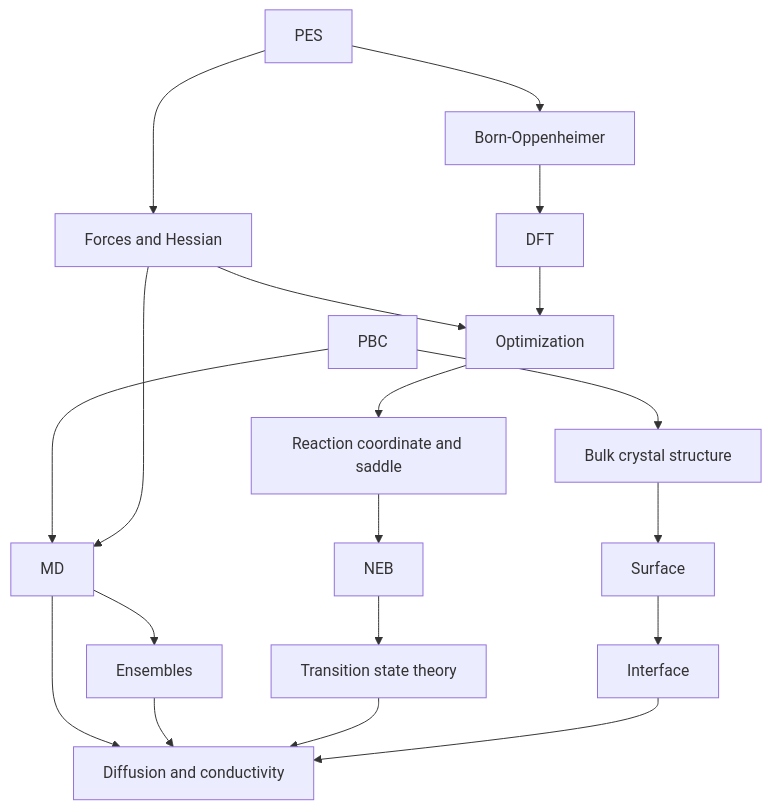
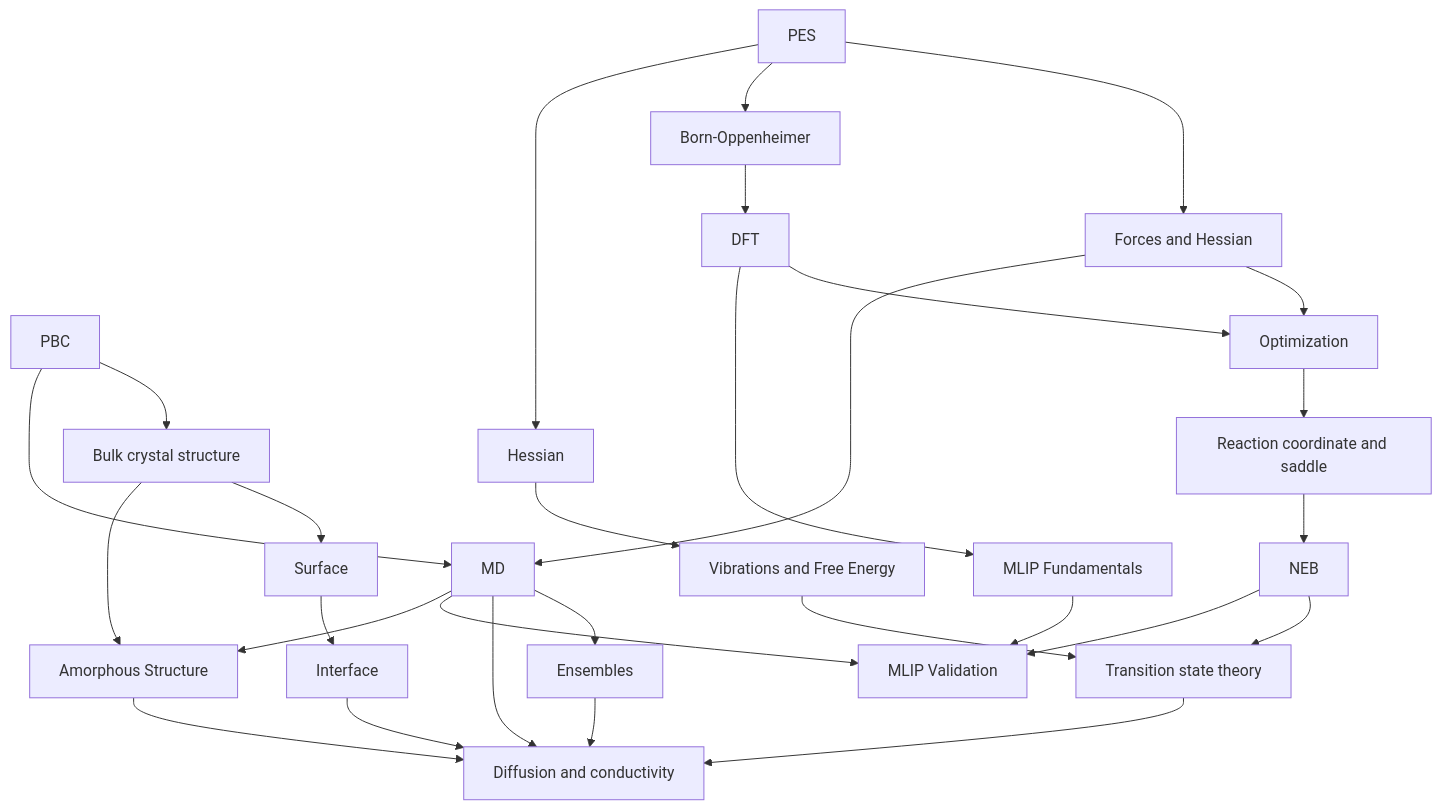
One commit to Long-Brian-Yang/blog changed the diagram in research/computational-materials/README.md. Above: the diagram before and after it, drawn with Mermaid. The commit also changed other lines of this file, not shown here.

Commit message:
docs: integrate MLIP, amorphous, and vibrational courses in roadmap

````diff
--- a/research/computational-materials/README.md
+++ b/research/computational-materials/README.md
@@ -27,21 +31,31 @@
 ```mermaid
 flowchart TD
     PES[PES] --> F[Forces and Hessian]
     PES --> BO[Born-Oppenheimer]
     PBC[PBC] --> BULK[Bulk crystal structure]
     BO --> DFT[DFT]
     F --> OPT[Optimization]
     DFT --> OPT
     OPT --> RC[Reaction coordinate and saddle]
     RC --> NEB[NEB]
     NEB --> TST[Transition state theory]
     PBC --> MD[MD]
     F --> MD
     MD --> ENS[Ensembles]
     MD --> DIFF[Diffusion and conductivity]
     ENS --> DIFF
     TST --> DIFF
     BULK --> SURF[Surface]
     SURF --> INT[Interface]
     INT --> DIFF
+    FORCE2[Hessian] --> VIB[Vibrations and Free Energy]
+    PES --> FORCE2
+    VIB --> TST
+    DFT --> MLIP[MLIP Fundamentals]
+    MLIP --> VALID[MLIP Validation]
+    NEB --> VALID
+    MD --> VALID
+    BULK --> AMORPH[Amorphous Structure]
+    MD --> AMORPH
+    AMORPH --> DIFF
 ```
````
